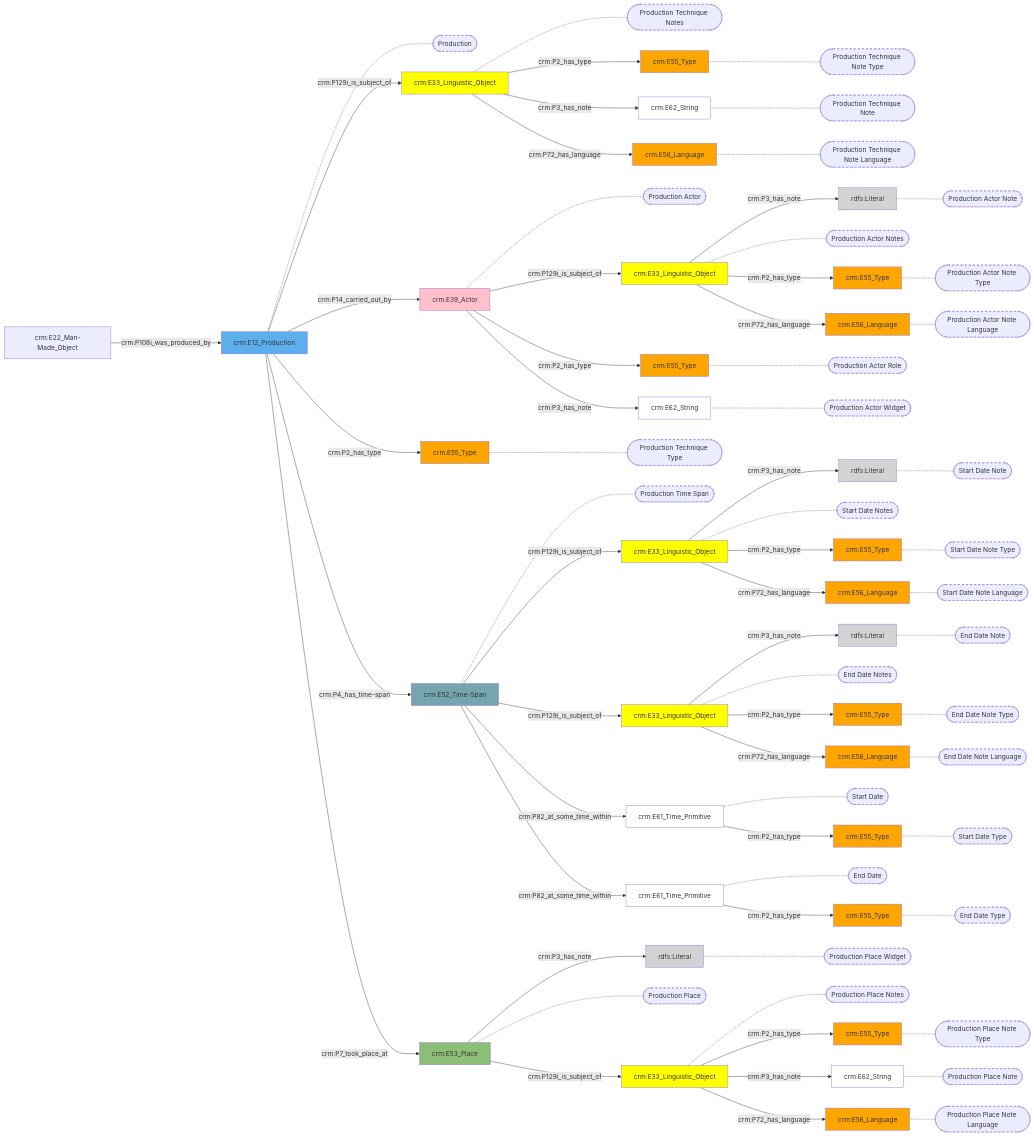
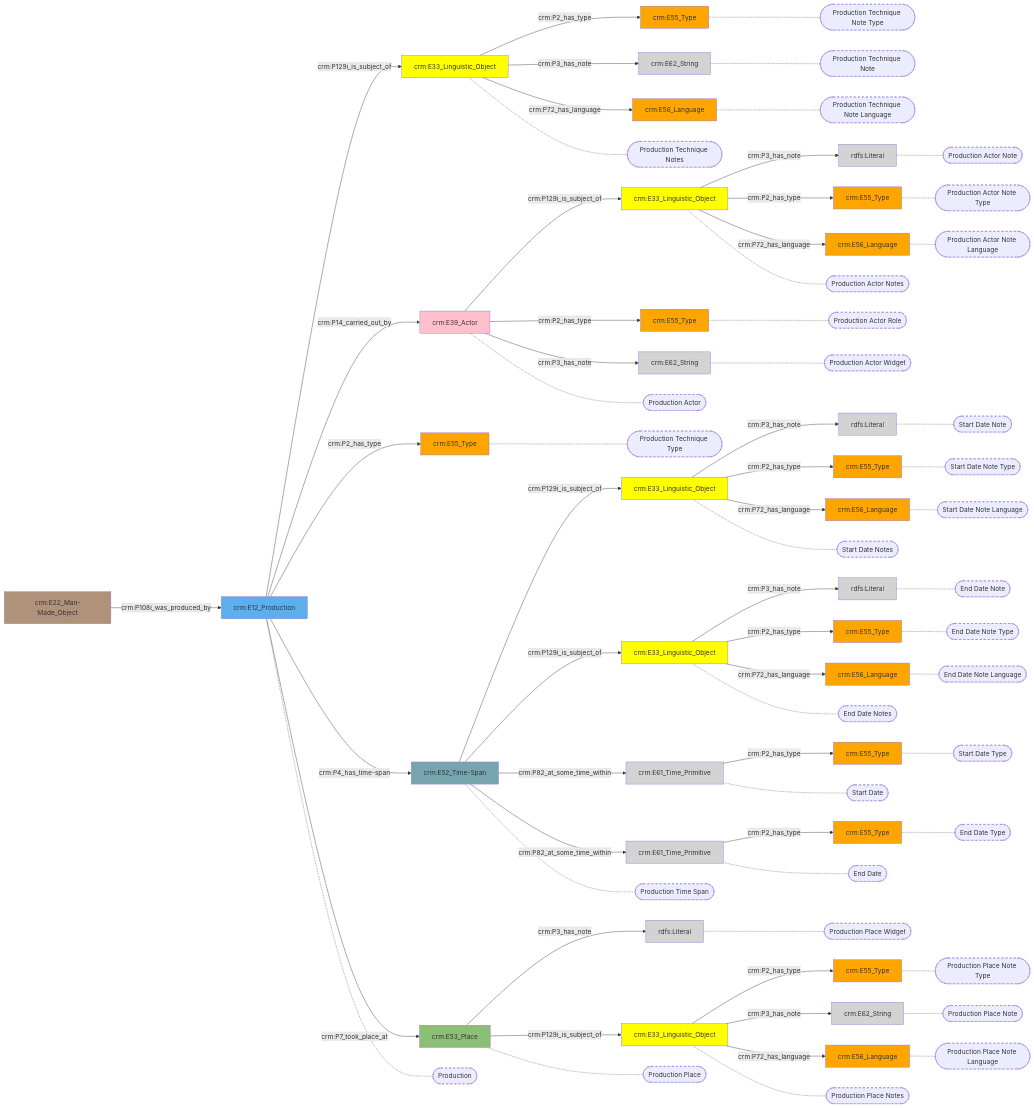
One commit to digipolisantwerpdocumentation/antwerp-cultureel-erfgoed changed the diagram in docs/content/modellen/ArchiefItemMaterieel/Vervaardiging.md. Above: the diagram before and after it, drawn with Mermaid. The commit also changed 32 other files, not shown here.

````diff
--- a/docs/content/modellen/ArchiefItemMaterieel/Vervaardiging.md
+++ b/docs/content/modellen/ArchiefItemMaterieel/Vervaardiging.md
@@ -4,6 +4,34 @@
 d1dde0dc-a5fe-11ec-b19f-9cf387da2c40["crm:E33_Linguistic_Object"]-->|"crm:P3_has_note"|d1de09ea-a5fe-11ec-b19f-9cf387da2c40(rdfs:Literal)
 d1ddfdec-a5fe-11ec-b19f-9cf387da2c40["crm:E33_Linguistic_Object"]-->|"crm:P3_has_note"|d1ddfc66-a5fe-11ec-b19f-9cf387da2c40(rdfs:Literal)
 d1de0940-a5fe-11ec-b19f-9cf387da2c40["crm:E33_Linguistic_Object"]-->|"crm:P3_has_note"|d1de062a-a5fe-11ec-b19f-9cf387da2c40(rdfs:Literal)
+d1dc56d6-a5fe-11ec-b19f-9cf387da2c40["crm:E39_Actor"]-->|"crm:P129i_is_subject_of"|d1ddfdec-a5fe-11ec-b19f-9cf387da2c40["crm:E33_Linguistic_Object"]
+d1dc56d6-a5fe-11ec-b19f-9cf387da2c40["crm:E39_Actor"]-->|"crm:P2_has_type"|d1ddfec8-a5fe-11ec-b19f-9cf387da2c40["crm:E55_Type"]
+d1dc56d6-a5fe-11ec-b19f-9cf387da2c40["crm:E39_Actor"]-->|"crm:P3_has_note"|d1dde56e-a5fe-11ec-b19f-9cf387da2c40["crm:E62_String"]
+d1dc5c58-a5fe-11ec-b19f-9cf387da2c40["crm:E53_Place"]-->|"crm:P129i_is_subject_of"|d1de0292-a5fe-11ec-b19f-9cf387da2c40["crm:E33_Linguistic_Object"]
+d1dc61bc-a5fe-11ec-b19f-9cf387da2c40["crm:E33_Linguistic_Object"]-->|"crm:P2_has_type"|d1de03fa-a5fe-11ec-b19f-9cf387da2c40["crm:E55_Type"]
+d1dc61bc-a5fe-11ec-b19f-9cf387da2c40["crm:E33_Linguistic_Object"]-->|"crm:P3_has_note"|d1de04b8-a5fe-11ec-b19f-9cf387da2c40["crm:E62_String"]
+d1dc61bc-a5fe-11ec-b19f-9cf387da2c40["crm:E33_Linguistic_Object"]-->|"crm:P72_has_language"|d1de056c-a5fe-11ec-b19f-9cf387da2c40["crm:E56_Language"]
+d1dc6e96-a5fe-11ec-b19f-9cf387da2c40["crm:E52_Time-Span"]-->|"crm:P129i_is_subject_of"|d1dde0dc-a5fe-11ec-b19f-9cf387da2c40["crm:E33_Linguistic_Object"]
+d1dc6e96-a5fe-11ec-b19f-9cf387da2c40["crm:E52_Time-Span"]-->|"crm:P129i_is_subject_of"|d1de0940-a5fe-11ec-b19f-9cf387da2c40["crm:E33_Linguistic_Object"]
+d1dc6e96-a5fe-11ec-b19f-9cf387da2c40["crm:E52_Time-Span"]-->|"crm:P82_at_some_time_within"|d1ddd934-a5fe-11ec-b19f-9cf387da2c40["crm:E61_Time_Primitive"]
+d1dc6e96-a5fe-11ec-b19f-9cf387da2c40["crm:E52_Time-Span"]-->|"crm:P82_at_some_time_within"|d1de0a9e-a5fe-11ec-b19f-9cf387da2c40["crm:E61_Time_Primitive"]
+d1dc742c-a5fe-11ec-b19f-9cf387da2c40["crm:E12_Production"]-->|"crm:P129i_is_subject_of"|d1dc61bc-a5fe-11ec-b19f-9cf387da2c40["crm:E33_Linguistic_Object"]
+d1dc742c-a5fe-11ec-b19f-9cf387da2c40["crm:E12_Production"]-->|"crm:P14_carried_out_by"|d1dc56d6-a5fe-11ec-b19f-9cf387da2c40["crm:E39_Actor"]
+d1dc742c-a5fe-11ec-b19f-9cf387da2c40["crm:E12_Production"]-->|"crm:P2_has_type"|d1dc68d8-a5fe-11ec-b19f-9cf387da2c40["crm:E55_Type"]
+d1dc742c-a5fe-11ec-b19f-9cf387da2c40["crm:E12_Production"]-->|"crm:P4_has_time-span"|d1dc6e96-a5fe-11ec-b19f-9cf387da2c40["crm:E52_Time-Span"]
+d1dc742c-a5fe-11ec-b19f-9cf387da2c40["crm:E12_Production"]-->|"crm:P7_took_place_at"|d1dc5c58-a5fe-11ec-b19f-9cf387da2c40["crm:E53_Place"]
+d1dd96e0-a5fe-11ec-b19f-9cf387da2c40["crm:E22_Man-Made_Object"]-->|"crm:P108i_was_produced_by"|d1dc742c-a5fe-11ec-b19f-9cf387da2c40["crm:E12_Production"]
+d1ddd934-a5fe-11ec-b19f-9cf387da2c40["crm:E61_Time_Primitive"]-->|"crm:P2_has_type"|d1de0896-a5fe-11ec-b19f-9cf387da2c40["crm:E55_Type"]
+d1dde0dc-a5fe-11ec-b19f-9cf387da2c40["crm:E33_Linguistic_Object"]-->|"crm:P2_has_type"|d1dddc0e-a5fe-11ec-b19f-9cf387da2c40["crm:E55_Type"]
+d1dde0dc-a5fe-11ec-b19f-9cf387da2c40["crm:E33_Linguistic_Object"]-->|"crm:P72_has_language"|d1de0b3e-a5fe-11ec-b19f-9cf387da2c40["crm:E56_Language"]
+d1ddfdec-a5fe-11ec-b19f-9cf387da2c40["crm:E33_Linguistic_Object"]-->|"crm:P2_has_type"|d1ddff90-a5fe-11ec-b19f-9cf387da2c40["crm:E55_Type"]
+d1ddfdec-a5fe-11ec-b19f-9cf387da2c40["crm:E33_Linguistic_Object"]-->|"crm:P72_has_language"|d1dde33e-a5fe-11ec-b19f-9cf387da2c40["crm:E56_Language"]
+d1de0292-a5fe-11ec-b19f-9cf387da2c40["crm:E33_Linguistic_Object"]-->|"crm:P2_has_type"|d1de0120-a5fe-11ec-b19f-9cf387da2c40["crm:E55_Type"]
+d1de0292-a5fe-11ec-b19f-9cf387da2c40["crm:E33_Linguistic_Object"]-->|"crm:P3_has_note"|d1de0058-a5fe-11ec-b19f-9cf387da2c40["crm:E62_String"]
+d1de0292-a5fe-11ec-b19f-9cf387da2c40["crm:E33_Linguistic_Object"]-->|"crm:P72_has_language"|d1de01de-a5fe-11ec-b19f-9cf387da2c40["crm:E56_Language"]
+d1de0940-a5fe-11ec-b19f-9cf387da2c40["crm:E33_Linguistic_Object"]-->|"crm:P2_has_type"|d1de074c-a5fe-11ec-b19f-9cf387da2c40["crm:E55_Type"]
+d1de0940-a5fe-11ec-b19f-9cf387da2c40["crm:E33_Linguistic_Object"]-->|"crm:P72_has_language"|d1de07f6-a5fe-11ec-b19f-9cf387da2c40["crm:E56_Language"]
+d1de0a9e-a5fe-11ec-b19f-9cf387da2c40["crm:E61_Time_Primitive"]-->|"crm:P2_has_type"|d1dddea2-a5fe-11ec-b19f-9cf387da2c40["crm:E55_Type"]
 d1ddfdec-a5fe-11ec-b19f-9cf387da2c40["crm:E33_Linguistic_Object"]-.-d1ddfdec-a5fe-11ec-b19f-9cf387da2c40_s(["Production Actor Notes"])
 d1ddfec8-a5fe-11ec-b19f-9cf387da2c40["crm:E55_Type"]-.-d1ddfec8-a5fe-11ec-b19f-9cf387da2c40_s(["Production Actor Role"])
 d1dde56e-a5fe-11ec-b19f-9cf387da2c40["crm:E62_String"]-.-d1dde56e-a5fe-11ec-b19f-9cf387da2c40_s(["Production Actor Widget"])
@@ -36,66 +64,6 @@
 d1de062a-a5fe-11ec-b19f-9cf387da2c40["rdfs:Literal"]-.-d1de062a-a5fe-11ec-b19f-9cf387da2c40_s(["End Date Note"])
 d1de07f6-a5fe-11ec-b19f-9cf387da2c40["crm:E56_Language"]-.-d1de07f6-a5fe-11ec-b19f-9cf387da2c40_s(["End Date Note Language"])
 d1dddea2-a5fe-11ec-b19f-9cf387da2c40["crm:E55_Type"]-.-d1dddea2-a5fe-11ec-b19f-9cf387da2c40_s(["End Date Type"])
-d1dc56d6-a5fe-11ec-b19f-9cf387da2c40["crm:E39_Actor"]-->|"crm:P129i_is_subject_of"|d1ddfdec-a5fe-11ec-b19f-9cf387da2c40["crm:E33_Linguistic_Object"]
-d1dc56d6-a5fe-11ec-b19f-9cf387da2c40["crm:E39_Actor"]-->|"crm:P2_has_type"|d1ddfec8-a5fe-11ec-b19f-9cf387da2c40["crm:E55_Type"]
-d1dc56d6-a5fe-11ec-b19f-9cf387da2c40["crm:E39_Actor"]-->|"crm:P3_has_note"|d1dde56e-a5fe-11ec-b19f-9cf387da2c40["crm:E62_String"]
-d1dc5c58-a5fe-11ec-b19f-9cf387da2c40["crm:E53_Place"]-->|"crm:P129i_is_subject_of"|d1de0292-a5fe-11ec-b19f-9cf387da2c40["crm:E33_Linguistic_Object"]
-d1dc61bc-a5fe-11ec-b19f-9cf387da2c40["crm:E33_Linguistic_Object"]-->|"crm:P2_has_type"|d1de03fa-a5fe-11ec-b19f-9cf387da2c40["crm:E55_Type"]
-d1dc61bc-a5fe-11ec-b19f-9cf387da2c40["crm:E33_Linguistic_Object"]-->|"crm:P3_has_note"|d1de04b8-a5fe-11ec-b19f-9cf387da2c40["crm:E62_String"]
-d1dc61bc-a5fe-11ec-b19f-9cf387da2c40["crm:E33_Linguistic_Object"]-->|"crm:P72_has_language"|d1de056c-a5fe-11ec-b19f-9cf387da2c40["crm:E56_Language"]
-d1dc6e96-a5fe-11ec-b19f-9cf387da2c40["crm:E52_Time-Span"]-->|"crm:P129i_is_subject_of"|d1dde0dc-a5fe-11ec-b19f-9cf387da2c40["crm:E33_Linguistic_Object"]
-d1dc6e96-a5fe-11ec-b19f-9cf387da2c40["crm:E52_Time-Span"]-->|"crm:P129i_is_subject_of"|d1de0940-a5fe-11ec-b19f-9cf387da2c40["crm:E33_Linguistic_Object"]
-d1dc6e96-a5fe-11ec-b19f-9cf387da2c40["crm:E52_Time-Span"]-->|"crm:P82_at_some_time_within"|d1ddd934-a5fe-11ec-b19f-9cf387da2c40["crm:E61_Time_Primitive"]
-d1dc6e96-a5fe-11ec-b19f-9cf387da2c40["crm:E52_Time-Span"]-->|"crm:P82_at_some_time_within"|d1de0a9e-a5fe-11ec-b19f-9cf387da2c40["crm:E61_Time_Primitive"]
-d1dc742c-a5fe-11ec-b19f-9cf387da2c40["crm:E12_Production"]-->|"crm:P129i_is_subject_of"|d1dc61bc-a5fe-11ec-b19f-9cf387da2c40["crm:E33_Linguistic_Object"]
-d1dc742c-a5fe-11ec-b19f-9cf387da2c40["crm:E12_Production"]-->|"crm:P14_carried_out_by"|d1dc56d6-a5fe-11ec-b19f-9cf387da2c40["crm:E39_Actor"]
-d1dc742c-a5fe-11ec-b19f-9cf387da2c40["crm:E12_Production"]-->|"crm:P2_has_type"|d1dc68d8-a5fe-11ec-b19f-9cf387da2c40["crm:E55_Type"]
-d1dc742c-a5fe-11ec-b19f-9cf387da2c40["crm:E12_Production"]-->|"crm:P4_has_time-span"|d1dc6e96-a5fe-11ec-b19f-9cf387da2c40["crm:E52_Time-Span"]
-d1dc742c-a5fe-11ec-b19f-9cf387da2c40["crm:E12_Production"]-->|"crm:P7_took_place_at"|d1dc5c58-a5fe-11ec-b19f-9cf387da2c40["crm:E53_Place"]
-d1dd96e0-a5fe-11ec-b19f-9cf387da2c40["crm:E22_Man-Made_Object"]-->|"crm:P108i_was_produced_by"|d1dc742c-a5fe-11ec-b19f-9cf387da2c40["crm:E12_Production"]
-d1ddd934-a5fe-11ec-b19f-9cf387da2c40["crm:E61_Time_Primitive"]-->|"crm:P2_has_type"|d1de0896-a5fe-11ec-b19f-9cf387da2c40["crm:E55_Type"]
-d1dde0dc-a5fe-11ec-b19f-9cf387da2c40["crm:E33_Linguistic_Object"]-->|"crm:P2_has_type"|d1dddc0e-a5fe-11ec-b19f-9cf387da2c40["crm:E55_Type"]
-d1dde0dc-a5fe-11ec-b19f-9cf387da2c40["crm:E33_Linguistic_Object"]-->|"crm:P72_has_language"|d1de0b3e-a5fe-11ec-b19f-9cf387da2c40["crm:E56_Language"]
-d1ddfdec-a5fe-11ec-b19f-9cf387da2c40["crm:E33_Linguistic_Object"]-->|"crm:P2_has_type"|d1ddff90-a5fe-11ec-b19f-9cf387da2c40["crm:E55_Type"]
-d1ddfdec-a5fe-11ec-b19f-9cf387da2c40["crm:E33_Linguistic_Object"]-->|"crm:P72_has_language"|d1dde33e-a5fe-11ec-b19f-9cf387da2c40["crm:E56_Language"]
-d1de0292-a5fe-11ec-b19f-9cf387da2c40["crm:E33_Linguistic_Object"]-->|"crm:P2_has_type"|d1de0120-a5fe-11ec-b19f-9cf387da2c40["crm:E55_Type"]
-d1de0292-a5fe-11ec-b19f-9cf387da2c40["crm:E33_Linguistic_Object"]-->|"crm:P3_has_note"|d1de0058-a5fe-11ec-b19f-9cf387da2c40["crm:E62_String"]
-d1de0292-a5fe-11ec-b19f-9cf387da2c40["crm:E33_Linguistic_Object"]-->|"crm:P72_has_language"|d1de01de-a5fe-11ec-b19f-9cf387da2c40["crm:E56_Language"]
-d1de0940-a5fe-11ec-b19f-9cf387da2c40["crm:E33_Linguistic_Object"]-->|"crm:P2_has_type"|d1de074c-a5fe-11ec-b19f-9cf387da2c40["crm:E55_Type"]
-d1de0940-a5fe-11ec-b19f-9cf387da2c40["crm:E33_Linguistic_Object"]-->|"crm:P72_has_language"|d1de07f6-a5fe-11ec-b19f-9cf387da2c40["crm:E56_Language"]
-d1de0a9e-a5fe-11ec-b19f-9cf387da2c40["crm:E61_Time_Primitive"]-->|"crm:P2_has_type"|d1dddea2-a5fe-11ec-b19f-9cf387da2c40["crm:E55_Type"]
-style d1dc56d6-a5fe-11ec-b19f-9cf387da2c40 fill:#ffc0cb
-style d1dc5c58-a5fe-11ec-b19f-9cf387da2c40 fill:#8CBF76
-style d1dc61bc-a5fe-11ec-b19f-9cf387da2c40 fill:#ffff00
-style d1dc68d8-a5fe-11ec-b19f-9cf387da2c40 fill:#ffa500
-style d1dc6e96-a5fe-11ec-b19f-9cf387da2c40 fill:#76A5AF
-style d1dc742c-a5fe-11ec-b19f-9cf387da2c40 fill:#5DAEEC
-style d1ddd934-a5fe-11ec-b19f-9cf387da2c40 fill:#ffffff
-style d1dddc0e-a5fe-11ec-b19f-9cf387da2c40 fill:#ffa500
-style d1dddea2-a5fe-11ec-b19f-9cf387da2c40 fill:#ffa500
-style d1dde0dc-a5fe-11ec-b19f-9cf387da2c40 fill:#ffff00
-style d1dde33e-a5fe-11ec-b19f-9cf387da2c40 fill:#ffa500
-style d1dde56e-a5fe-11ec-b19f-9cf387da2c40 fill:#ffffff
-style d1ddfc66-a5fe-11ec-b19f-9cf387da2c40 fill:#D3D3D3
-style d1ddfdec-a5fe-11ec-b19f-9cf387da2c40 fill:#ffff00
-style d1ddfec8-a5fe-11ec-b19f-9cf387da2c40 fill:#ffa500
-style d1ddff90-a5fe-11ec-b19f-9cf387da2c40 fill:#ffa500
-style d1de0058-a5fe-11ec-b19f-9cf387da2c40 fill:#ffffff
-style d1de0120-a5fe-11ec-b19f-9cf387da2c40 fill:#ffa500
-style d1de01de-a5fe-11ec-b19f-9cf387da2c40 fill:#ffa500
-style d1de0292-a5fe-11ec-b19f-9cf387da2c40 fill:#ffff00
-style d1de033c-a5fe-11ec-b19f-9cf387da2c40 fill:#D3D3D3
-style d1de03fa-a5fe-11ec-b19f-9cf387da2c40 fill:#ffa500
-style d1de04b8-a5fe-11ec-b19f-9cf387da2c40 fill:#ffffff
-style d1de056c-a5fe-11ec-b19f-9cf387da2c40 fill:#ffa500
-style d1de062a-a5fe-11ec-b19f-9cf387da2c40 fill:#D3D3D3
-style d1de074c-a5fe-11ec-b19f-9cf387da2c40 fill:#ffa500
-style d1de07f6-a5fe-11ec-b19f-9cf387da2c40 fill:#ffa500
-style d1de0896-a5fe-11ec-b19f-9cf387da2c40 fill:#ffa500
-style d1de0940-a5fe-11ec-b19f-9cf387da2c40 fill:#ffff00
-style d1de09ea-a5fe-11ec-b19f-9cf387da2c40 fill:#D3D3D3
-style d1de0a9e-a5fe-11ec-b19f-9cf387da2c40 fill:#ffffff
-style d1de0b3e-a5fe-11ec-b19f-9cf387da2c40 fill:#ffa500
 style d1ddfdec-a5fe-11ec-b19f-9cf387da2c40_s stroke-dasharray: 5
 style d1ddfec8-a5fe-11ec-b19f-9cf387da2c40_s stroke-dasharray: 5
 style d1dde56e-a5fe-11ec-b19f-9cf387da2c40_s stroke-dasharray: 5
@@ -128,4 +96,37 @@
 style d1de062a-a5fe-11ec-b19f-9cf387da2c40_s stroke-dasharray: 5
 style d1de07f6-a5fe-11ec-b19f-9cf387da2c40_s stroke-dasharray: 5
 style d1dddea2-a5fe-11ec-b19f-9cf387da2c40_s stroke-dasharray: 5
+style d1dc56d6-a5fe-11ec-b19f-9cf387da2c40 fill:#ffc0cb
+style d1dc5c58-a5fe-11ec-b19f-9cf387da2c40 fill:#8CBF76
+style d1dc61bc-a5fe-11ec-b19f-9cf387da2c40 fill:#ffff00
+style d1dc68d8-a5fe-11ec-b19f-9cf387da2c40 fill:#ffa500
+style d1dc6e96-a5fe-11ec-b19f-9cf387da2c40 fill:#76A5AF
+style d1dc742c-a5fe-11ec-b19f-9cf387da2c40 fill:#5DAEEC
+style d1dd96e0-a5fe-11ec-b19f-9cf387da2c40 fill:#B0927A
+style d1ddd934-a5fe-11ec-b19f-9cf387da2c40 fill:#D3D3D3
+style d1dddc0e-a5fe-11ec-b19f-9cf387da2c40 fill:#ffa500
+style d1dddea2-a5fe-11ec-b19f-9cf387da2c40 fill:#ffa500
+style d1dde0dc-a5fe-11ec-b19f-9cf387da2c40 fill:#ffff00
+style d1dde33e-a5fe-11ec-b19f-9cf387da2c40 fill:#ffa500
+style d1dde56e-a5fe-11ec-b19f-9cf387da2c40 fill:#D3D3D3
+style d1ddfc66-a5fe-11ec-b19f-9cf387da2c40 fill:#D3D3D3
+style d1ddfdec-a5fe-11ec-b19f-9cf387da2c40 fill:#ffff00
+style d1ddfec8-a5fe-11ec-b19f-9cf387da2c40 fill:#ffa500
+style d1ddff90-a5fe-11ec-b19f-9cf387da2c40 fill:#ffa500
+style d1de0058-a5fe-11ec-b19f-9cf387da2c40 fill:#D3D3D3
+style d1de0120-a5fe-11ec-b19f-9cf387da2c40 fill:#ffa500
+style d1de01de-a5fe-11ec-b19f-9cf387da2c40 fill:#ffa500
+style d1de0292-a5fe-11ec-b19f-9cf387da2c40 fill:#ffff00
+style d1de033c-a5fe-11ec-b19f-9cf387da2c40 fill:#D3D3D3
+style d1de03fa-a5fe-11ec-b19f-9cf387da2c40 fill:#ffa500
+style d1de04b8-a5fe-11ec-b19f-9cf387da2c40 fill:#D3D3D3
+style d1de056c-a5fe-11ec-b19f-9cf387da2c40 fill:#ffa500
+style d1de062a-a5fe-11ec-b19f-9cf387da2c40 fill:#D3D3D3
+style d1de074c-a5fe-11ec-b19f-9cf387da2c40 fill:#ffa500
+style d1de07f6-a5fe-11ec-b19f-9cf387da2c40 fill:#ffa500
+style d1de0896-a5fe-11ec-b19f-9cf387da2c40 fill:#ffa500
+style d1de0940-a5fe-11ec-b19f-9cf387da2c40 fill:#ffff00
+style d1de09ea-a5fe-11ec-b19f-9cf387da2c40 fill:#D3D3D3
+style d1de0a9e-a5fe-11ec-b19f-9cf387da2c40 fill:#D3D3D3
+style d1de0b3e-a5fe-11ec-b19f-9cf387da2c40 fill:#ffa500
 ```
````
